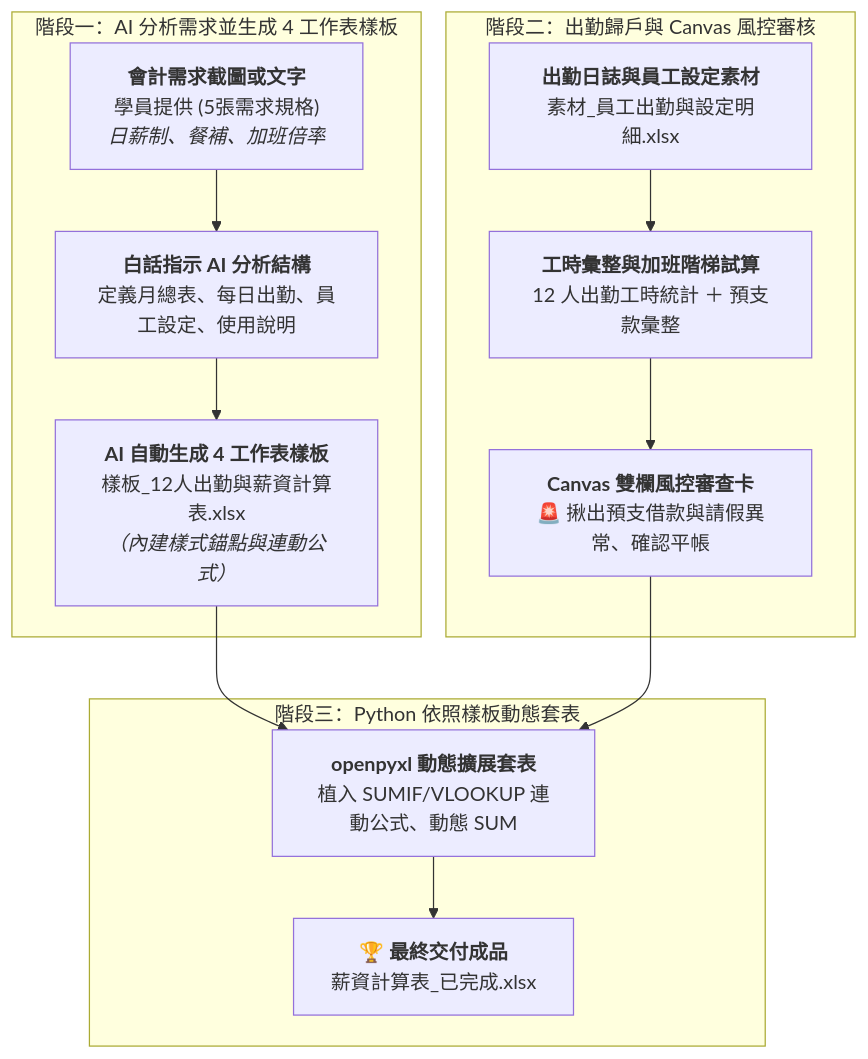
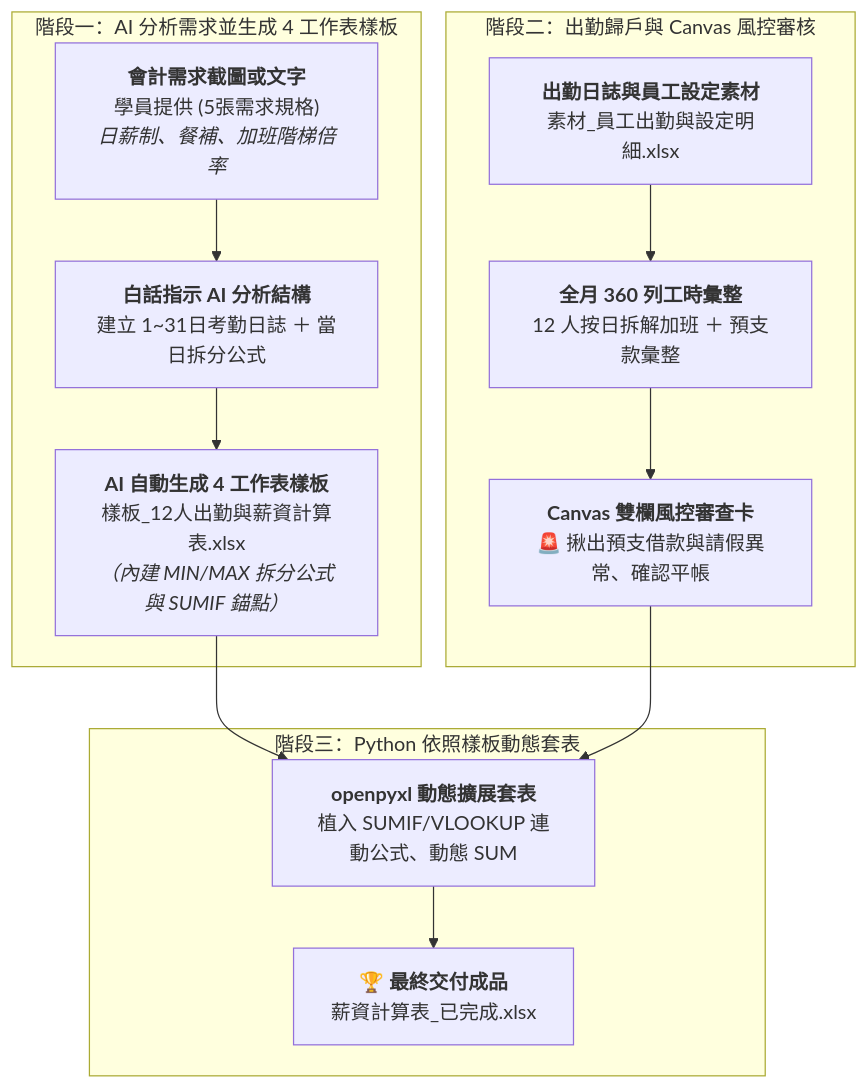
One commit to roberthsu2003/workflow-productivity changed the diagram in 常見的AI應用/實戰範例/薪資計算表/README.md. Above: the diagram before and after it, drawn with Mermaid. The commit also changed other lines of this file and 6 other files, not shown here.

````diff
--- a/常見的AI應用/實戰範例/薪資計算表/README.md
+++ b/常見的AI應用/實戰範例/薪資計算表/README.md
@@ -85,18 +106,18 @@
 ```mermaid
 flowchart TD
     subgraph S1 [階段一：AI 分析需求並生成 4 工作表樣板]
-        A1["<b>會計需求截圖或文字</b><br/>學員提供 (5張需求規格)<br/><i>日薪制、餐補、加班倍率</i>"] --> B1["<b>白話指示 AI 分析結構</b><br/>定義月總表、每日出勤、員工設定、使用說明"]
-        B1 --> C1["<b>AI 自動生成 4 工作表樣板</b><br/>樣板_12人出勤與薪資計算表.xlsx<br/><i>（內建樣式錨點與連動公式）</i>"]
+        A1["<b>會計需求截圖或文字</b><br/>學員提供 (5張需求規格)<br/><i>日薪制、餐補、加班階梯倍率</i>"] --> B1["<b>白話指示 AI 分析結構</b><br/>建立 1~31日考勤日誌 ＋ 當日拆分公式"]
+        B1 --> C1["<b>AI 自動生成 4 工作表樣板</b><br/>樣板_12人出勤與薪資計算表.xlsx<br/><i>（內建 MIN/MAX 拆分公式與 SUMIF 錨點）</i>"]
     end
     
     subgraph S2 [階段二：出勤歸戶與 Canvas 風控審核]
-        A2["<b>出勤日誌與員工設定素材</b><br/>素材_員工出勤與設定明細.xlsx"] --> B2["<b>工時彙整與加班階梯試算</b><br/>12 人出勤工時統計 ＋ 預支款彙整"]
+        A2["<b>出勤日誌與員工設定素材</b><br/>素材_員工出勤與設定明細.xlsx"] --> B2["<b>全月 360 列工時彙整</b><br/>12 人按日拆解加班 ＋ 預支款彙整"]
         B2 --> C2["<b>Canvas 雙欄風控審查卡</b><br/>🚨 揪出預支借款與請假異常、確認平帳"]
     end
     
     subgraph S3 [階段三：Python 依照樣板動態套表]
         C1 --> D["<b>openpyxl 動態擴展套表</b><br/>植入 SUMIF/VLOOKUP 連動公式、動態 SUM"]
         C2 --> D
         D --> Finish["🏆 <b>最終交付成品</b><br/>薪資計算表_已完成.xlsx"]
     end
 ```
````
